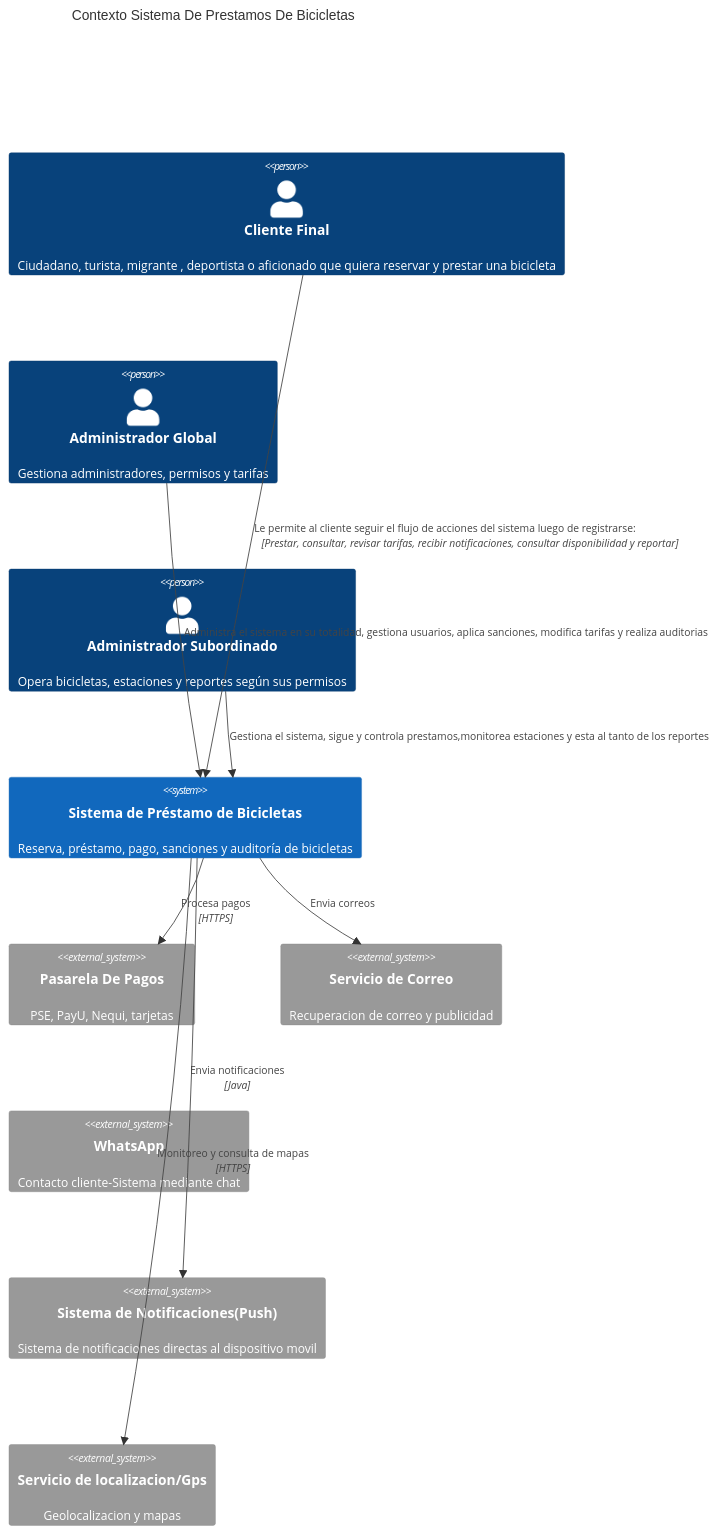
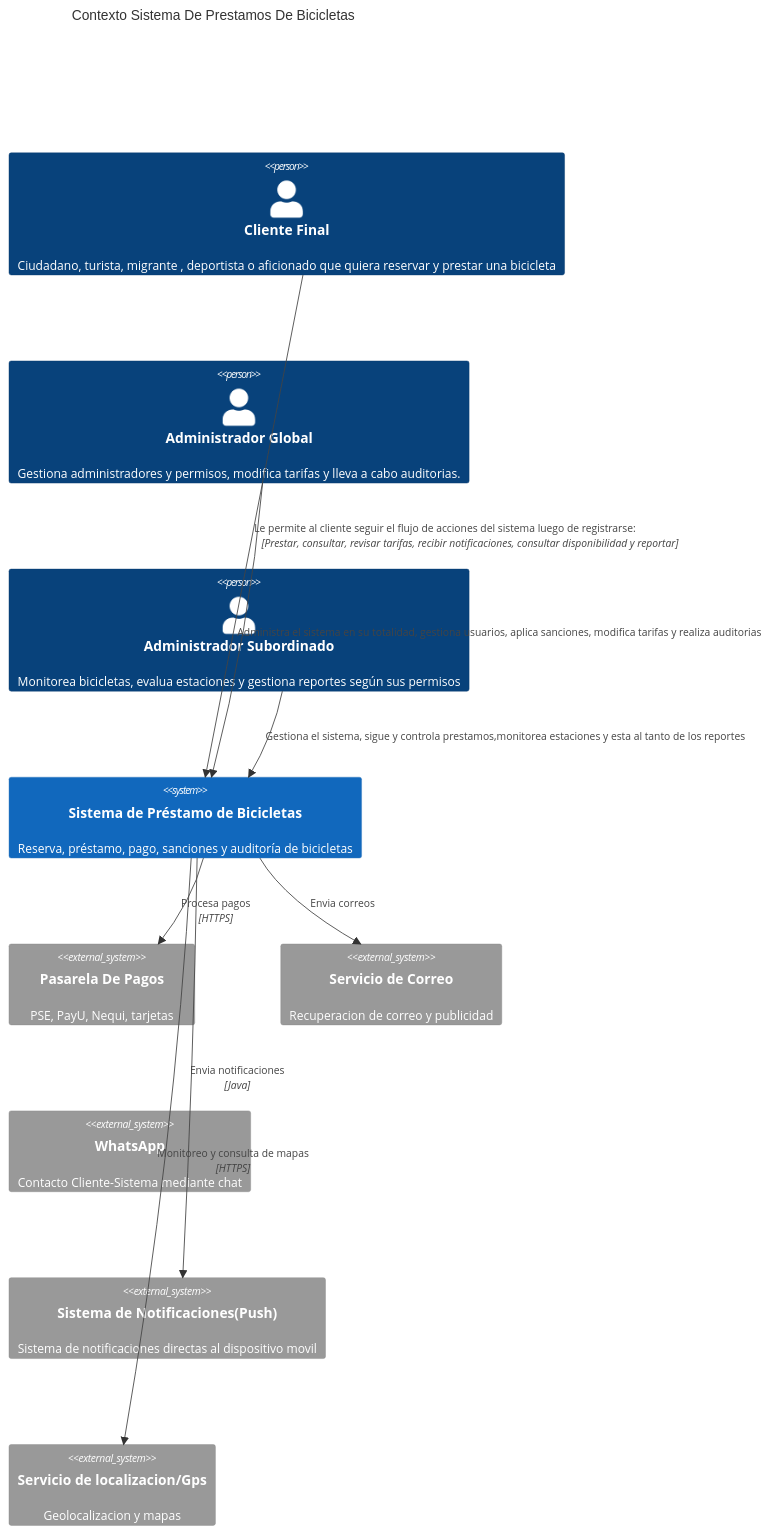
One commit to K-rmona28/Sistema-de-bicicletas changed the diagram in C4/Contexto(nivel 1).md. Above: the diagram before and after it, drawn with Mermaid. The commit also changed other lines of this file, not shown here.

````diff
--- a/C4/Contexto(nivel 1).md
+++ b/C4/Contexto(nivel 1).md
@@ -4,33 +4,33 @@
 ```mermaid
 C4Context
 
 title Contexto Sistema De Prestamos De Bicicletas
 
 Person(usuario, "Cliente Final","Ciudadano, turista, migrante , deportista o aficionado que quiera reservar y prestar una bicicleta")
-Person(adming, "Administrador Global", "Gestiona administradores, permisos y tarifas")
-Person(admins, "Administrador Subordinado", "Opera bicicletas, estaciones y reportes según sus permisos")
+Person(adming, "Administrador Global", "Gestiona administradores y permisos, modifica tarifas y lleva a cabo auditorias.")
+Person(admins, "Administrador Subordinado", "Monitorea  bicicletas, evalua estaciones y gestiona reportes según sus permisos")
 
 
 
 System(spb, "Sistema de Préstamo de Bicicletas", "Reserva, préstamo, pago, sanciones y auditoría de bicicletas")
 
 
 System_Ext(psp, "Pasarela De Pagos", "PSE, PayU, Nequi, tarjetas")
 System_Ext(correo, "Servicio de Correo", "Recuperacion de correo y publicidad")
-System_Ext(wa, "WhatsApp", "Contacto cliente-Sistema mediante chat")
+System_Ext(wa, "WhatsApp", "Contacto Cliente-Sistema mediante chat")
 System_Ext(noti, "Sistema de Notificaciones(Push)", "Sistema de notificaciones directas al dispositivo movil")
 
 
 System_Ext(gps, "Servicio de localizacion/Gps", "Geolocalizacion y mapas")
 
 
 Rel(usuario, spb, "Le permite al cliente seguir el flujo de acciones del sistema luego de registrarse:" "Prestar, consultar, revisar tarifas, recibir notificaciones, consultar disponibilidad y reportar")
 Rel(admins, spb, "Gestiona el sistema, sigue y controla prestamos,monitorea estaciones y esta al tanto de los reportes")
 Rel(adming, spb, "Administra el sistema en su totalidad, gestiona usuarios, aplica sanciones, modifica tarifas y realiza auditorias")
 
 Rel(spb, psp, "Procesa pagos", "HTTPS")
 Rel(spb, correo, "Envia correos"," "API")
 Rel(spb, wa, "Envia y recibe mensajes", "HTTPS")
 Rel(spb, noti, "Envia notificaciones", "Java")
 Rel(spb, gps, "Monitoreo y consulta de mapas","HTTPS")
 ```
````
